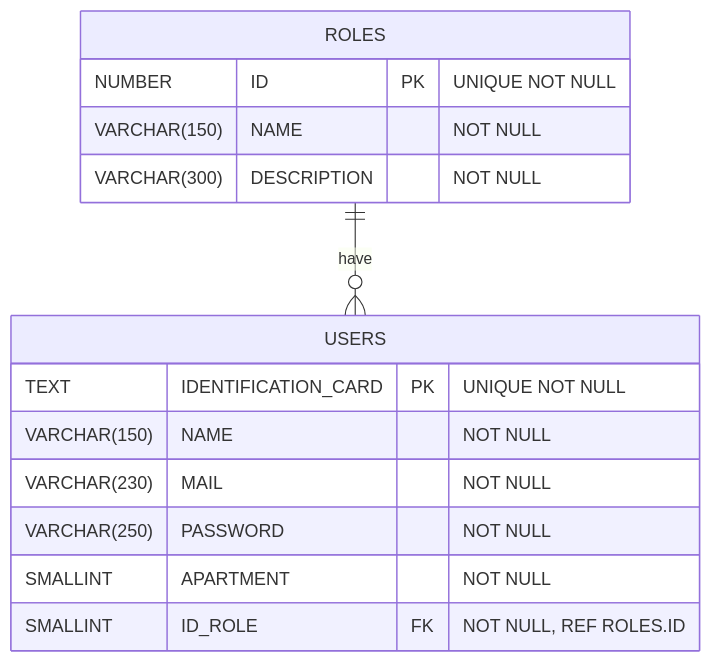
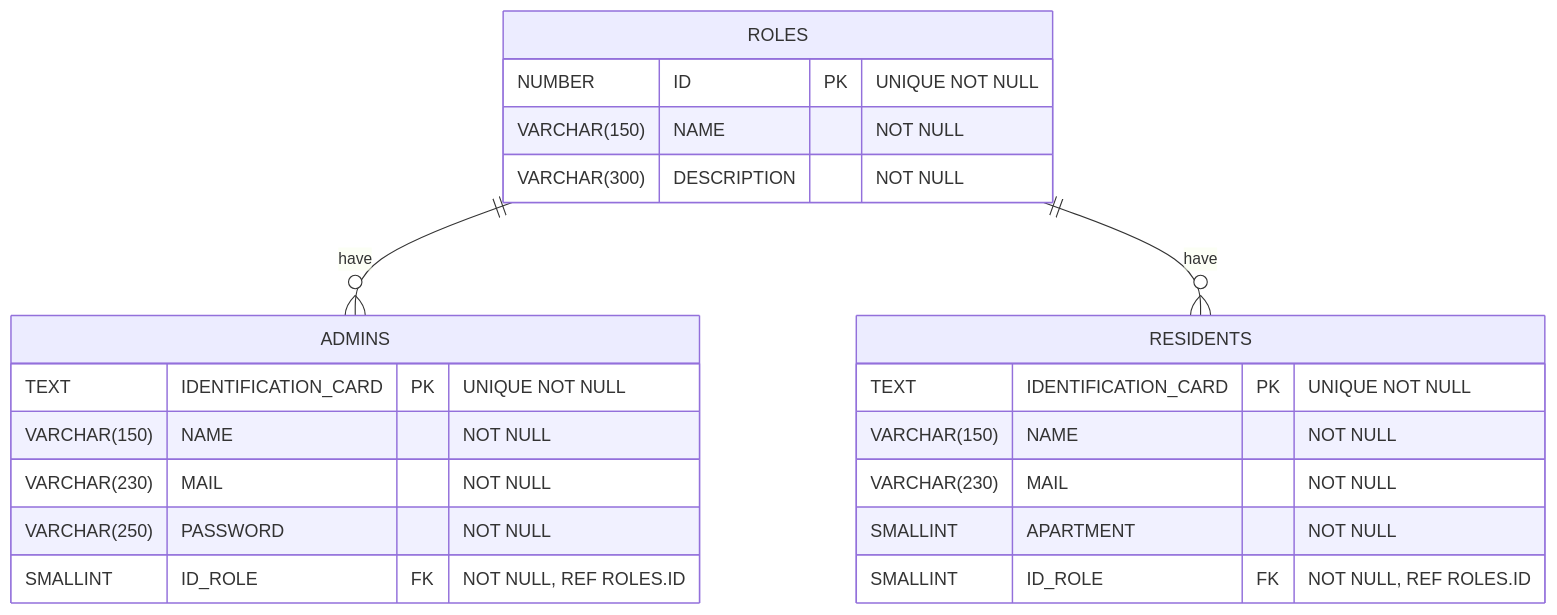
Before and after one commit to SilviaPabon/bac-backend: the diagram in .github/docs/database.md, drawn with Mermaid.

Commit message:
docs(database): :memo: Update database documentation
now there is a table for admins with password field separated of residents table (previous users)

````diff
--- a/.github/docs/database.md
+++ b/.github/docs/database.md
@@ -3,19 +3,27 @@
 ```mermaid
 erDiagram
-    ROLES ||--o{ USERS: have
-    USERS {
+    ROLES ||--o{ ADMINS: have
+    ROLES ||--o{ RESIDENTS: have
+    ADMINS {
         TEXT IDENTIFICATION_CARD PK "UNIQUE NOT NULL"
         VARCHAR(150) NAME "NOT NULL"
         VARCHAR(230) MAIL "NOT NULL"
         VARCHAR(250) PASSWORD "NOT NULL"
+        SMALLINT ID_ROLE FK "NOT NULL, REF ROLES.ID"
+    }
+
+    RESIDENTS {
+        TEXT IDENTIFICATION_CARD PK "UNIQUE NOT NULL"
+        VARCHAR(150) NAME "NOT NULL"
+        VARCHAR(230) MAIL "NOT NULL"
         SMALLINT APARTMENT "NOT NULL"
         SMALLINT ID_ROLE FK "NOT NULL, REF ROLES.ID"
     }
 
     ROLES {
         NUMBER ID PK "UNIQUE NOT NULL"
         VARCHAR(150) NAME "NOT NULL"
         VARCHAR(300) DESCRIPTION "NOT NULL"
     }
 
 ```
````
